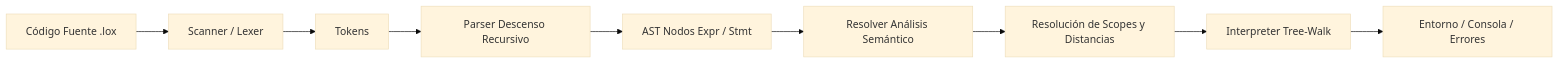
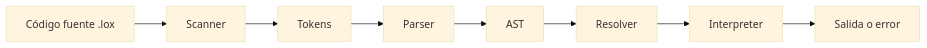
One commit to Franjj08/LyC-TP changed the diagram in README.md. Above: the diagram before and after it, drawn with Mermaid (base theme). The commit also changed other lines of this file and 3 other files, not shown here.

````diff
--- a/README.md
+++ b/README.md
@@ -13,11 +25,10 @@
 ```mermaid
-graph LR
-    Source[Código Fuente .lox] --> Scanner[Scanner / Lexer]
-    Scanner --> Tokens[Tokens]
-    Tokens --> Parser[Parser Descenso Recursivo]
-    Parser --> AST[AST Nodos Expr / Stmt]
-    AST --> Resolver[Resolver Análisis Semántico]
-    Resolver --> Scopes[Resolución de Scopes y Distancias]
-    Scopes --> Interpreter[Interpreter Tree-Walk]
-    Interpreter --> Runtime[Entorno / Consola / Errores]
+flowchart LR
+    Source["Código fuente .lox"] --> Scanner["Scanner"]
+    Scanner --> Tokens["Tokens"]
+    Tokens --> Parser["Parser"]
+    Parser --> AST["AST"]
+    AST --> Resolver["Resolver"]
+    Resolver --> Interpreter["Interpreter"]
+    Interpreter --> Output["Salida o error"]
 ```
````
